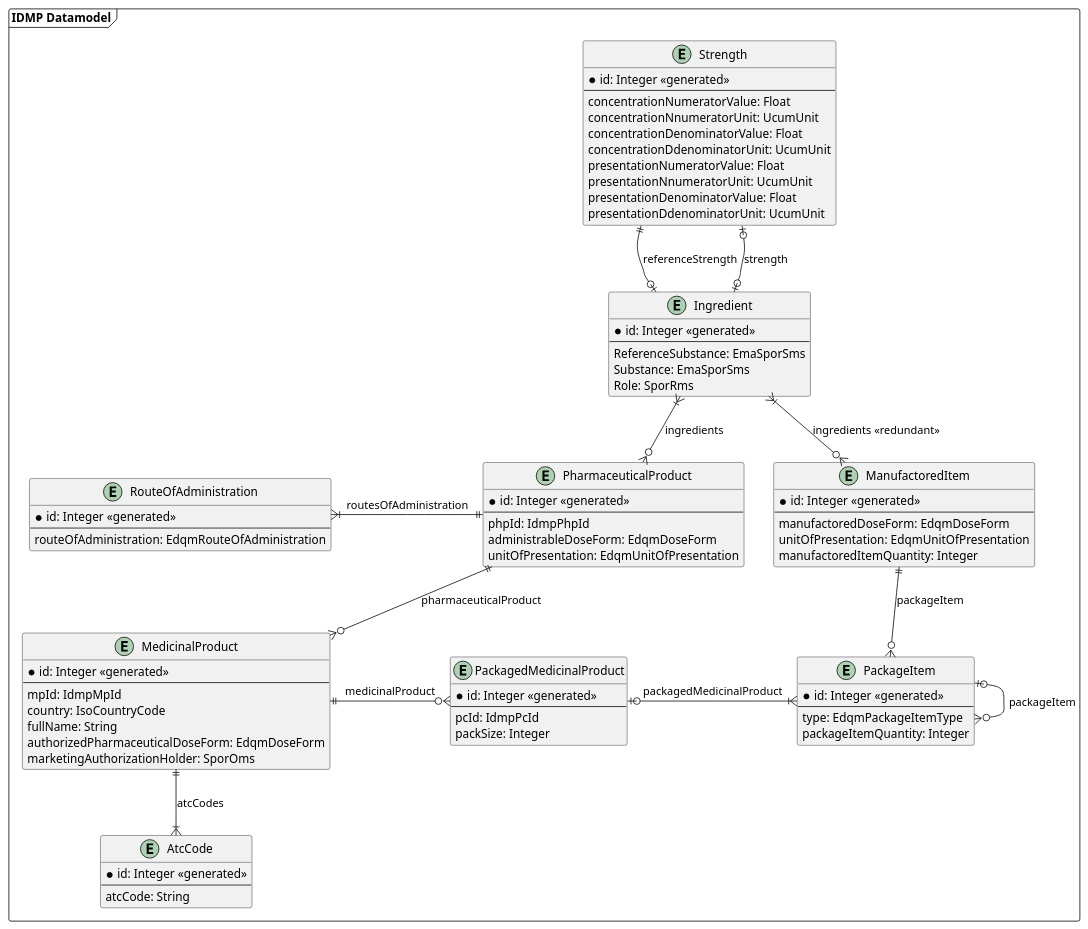
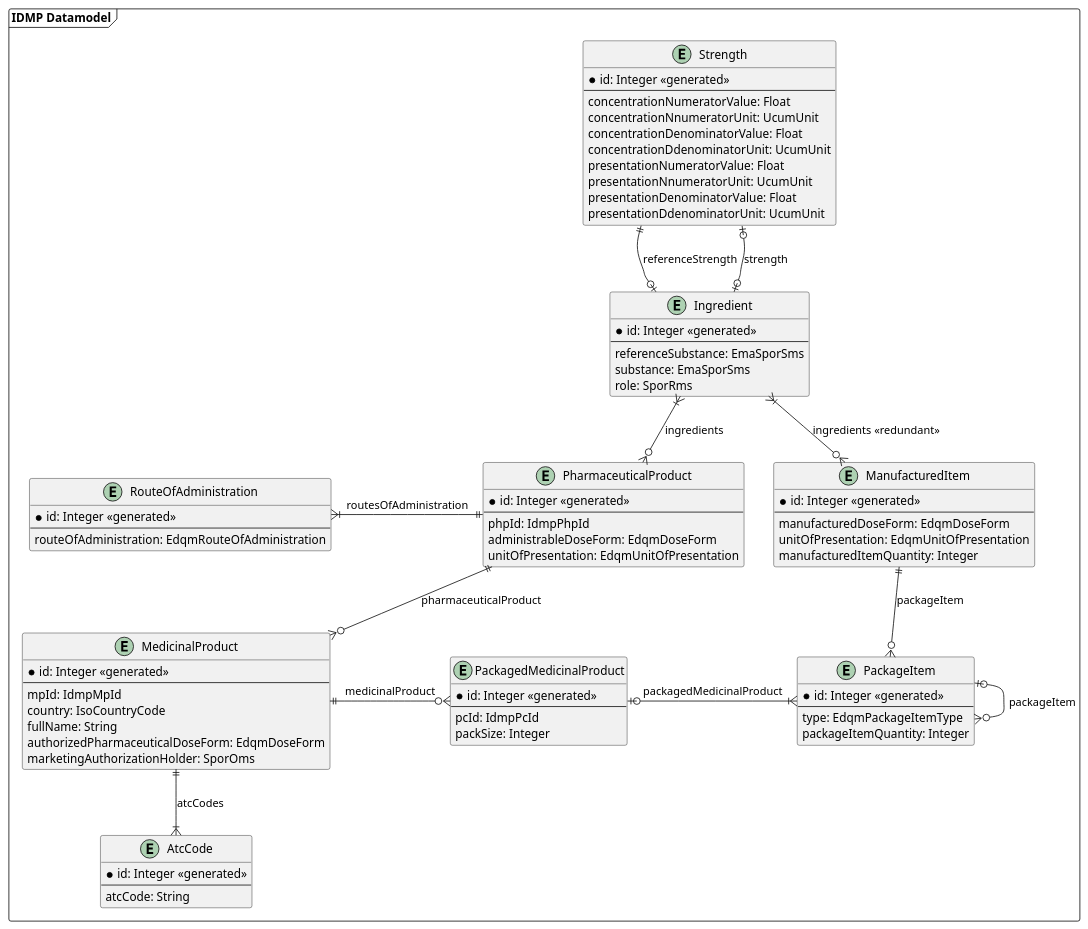
The diagram in uml/class/datamodelRedesigned.puml (unicom-project-eu/wp6-db-api), drawn with PlantUML before and after one commit. The commit also changed 19 other files, not shown here.

```diff
--- a/uml/class/datamodelRedesigned.puml
+++ b/uml/class/datamodelRedesigned.puml
@@ -1,96 +1,96 @@
 @startuml
 'https://plantuml.com/class-diagram
 
 package "IDMP Datamodel" as idmpDatamodel <<frame>> {
     entity Strength {
         * id: Integer <<generated>>
         --
         concentrationNumeratorValue: Float
         concentrationNnumeratorUnit: UcumUnit
         concentrationDenominatorValue: Float
         concentrationDdenominatorUnit: UcumUnit
         presentationNumeratorValue: Float
         presentationNnumeratorUnit: UcumUnit
         presentationDenominatorValue: Float
         presentationDdenominatorUnit: UcumUnit
     }
 
     entity Ingredient {
         * id: Integer <<generated>>
         --
-        ReferenceSubstance: EmaSporSms
-        Substance: EmaSporSms
-        Role: SporRms
+        referenceSubstance: EmaSporSms
+        substance: EmaSporSms
+        role: SporRms
     }
 
     together {
         entity RouteOfAdministration {
             * id: Integer <<generated>>
             --
             routeOfAdministration: EdqmRouteOfAdministration
         }
 
         entity PharmaceuticalProduct {
             * id: Integer <<generated>>
             --
             phpId: IdmpPhpId
             administrableDoseForm: EdqmDoseForm
             unitOfPresentation: EdqmUnitOfPresentation
         }
     }
 
     entity MedicinalProduct {
         * id: Integer <<generated>>
         --
         mpId: IdmpMpId
         country: IsoCountryCode
         fullName: String
         authorizedPharmaceuticalDoseForm: EdqmDoseForm
         marketingAuthorizationHolder: SporOms
     }
 
     entity AtcCode {
         * id: Integer <<generated>>
         --
         atcCode: String
     }
 
     entity PackagedMedicinalProduct {
         * id: Integer <<generated>>
         --
         pcId: IdmpPcId
         packSize: Integer
     }
 
     entity PackageItem {
         * id: Integer <<generated>>
         --
         type: EdqmPackageItemType
         packageItemQuantity: Integer
     }
 
-    entity ManufactoredItem {
+    entity ManufacturedItem {
         * id: Integer <<generated>>
         --
-        manufactoredDoseForm: EdqmDoseForm
+        manufacturedDoseForm: EdqmDoseForm
         unitOfPresentation: EdqmUnitOfPresentation
-        manufactoredItemQuantity: Integer
+        manufacturedItemQuantity: Integer
     }
 
     MedicinalProduct ||--|{ AtcCode : "atcCodes"
 
     Strength ||--o| Ingredient : "referenceStrength"
     Strength |o--o| Ingredient : "strength"
 
-    Ingredient }|-o{ ManufactoredItem : "ingredients <<redundant>>"
+    Ingredient }|-o{ ManufacturedItem : "ingredients <<redundant>>"
     Ingredient }|--o{ PharmaceuticalProduct : "ingredients"
 
     RouteOfAdministration }|-r-|| PharmaceuticalProduct : "routesOfAdministration"
     PharmaceuticalProduct ||--o{ MedicinalProduct : "pharmaceuticalProduct"
     MedicinalProduct ||-o{ PackagedMedicinalProduct : "medicinalProduct"
     PackagedMedicinalProduct |o-|{ PackageItem : "packagedMedicinalProduct"
     PackageItem |o-o{ PackageItem : "packageItem"
-    ManufactoredItem ||--o{ PackageItem : "packageItem"
+    ManufacturedItem ||--o{ PackageItem : "packageItem"
 }
 
 @enduml
```
